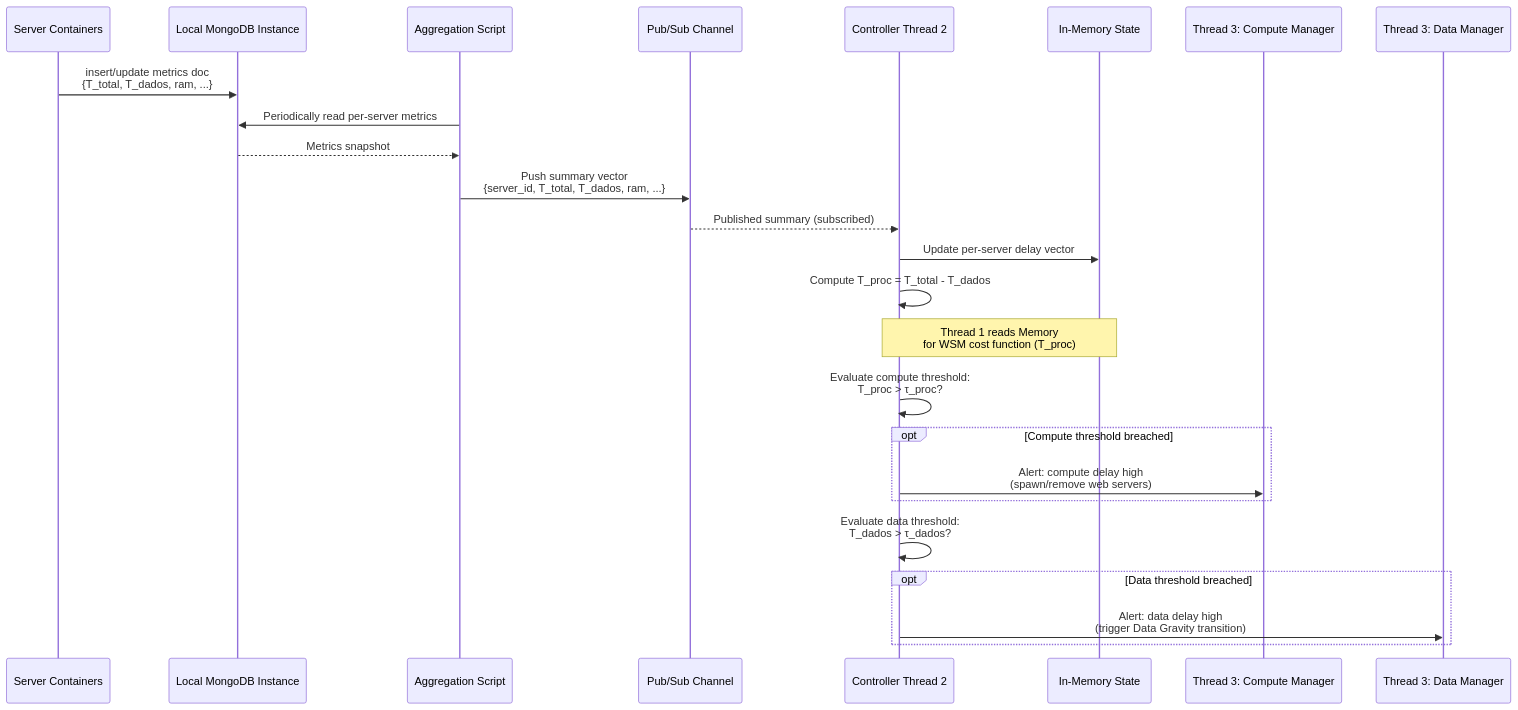
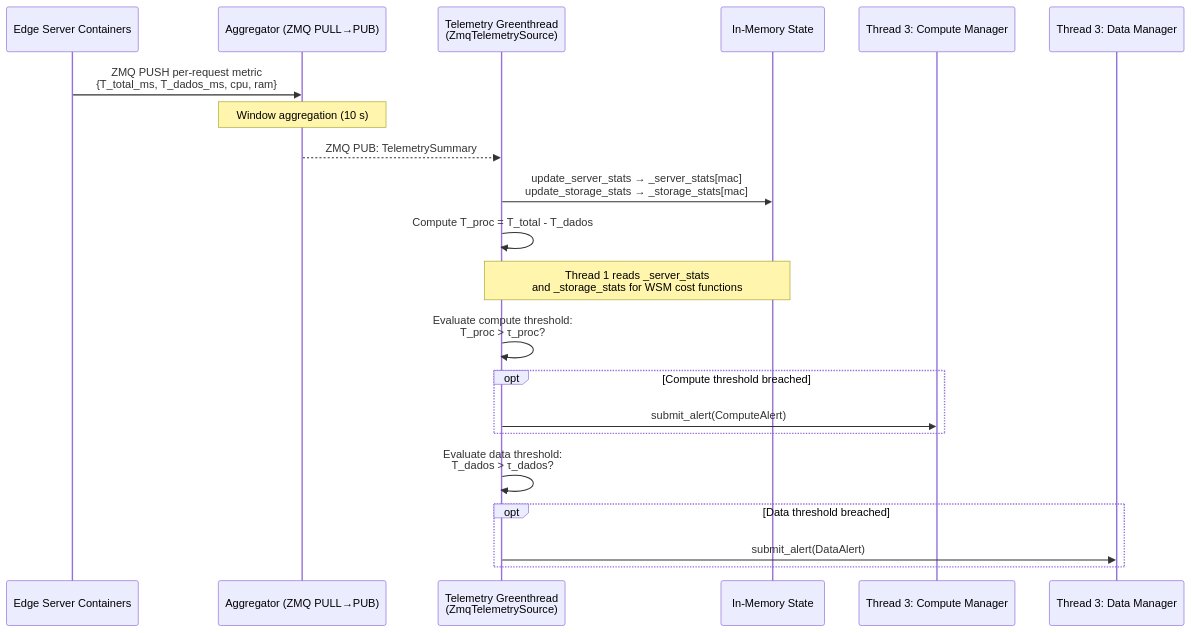
One commit to poioe20p/efficient-storage-in-edge-scenarios changed the fourth of 21 diagrams in docs/operation/system_scenarios.md. Above: the diagram before and after it, drawn with Mermaid. The commit also changed other lines of this file and 28 other files, not shown here.

Commit message:
- setup testing workload - setup http request with connection to db (made some fixes) wrong port and etc - controller was able to vip route both client http to server and server mongodb to db

````diff
--- a/docs/operation/system_scenarios.md
+++ b/docs/operation/system_scenarios.md
@@ -114,28 +114,24 @@
 ```mermaid
 sequenceDiagram
-    participant Servers as Server Containers
-    participant LocalMongo as Local MongoDB Instance
-    participant AggScript as Aggregation Script
-    participant PubSub as Pub/Sub Channel
-    participant T2 as Controller Thread 2
+    participant Servers as Edge Server Containers
+    participant Agg as Aggregator (ZMQ PULL→PUB)
+    participant T2 as Telemetry Greenthread<br/>(ZmqTelemetrySource)
     participant Memory as In-Memory State
     participant TComp as Thread 3: Compute Manager
     participant TData as Thread 3: Data Manager
 
-    Servers->>LocalMongo: insert/update metrics doc<br/>{T_total, T_dados, ram, ...}
-    AggScript->>LocalMongo: Periodically read per-server metrics
-    LocalMongo-->>AggScript: Metrics snapshot
-    AggScript->>PubSub: Push summary vector<br/>{server_id, T_total, T_dados, ram, ...}
-    PubSub-->>T2: Published summary (subscribed)
-    T2->>Memory: Update per-server delay vector
+    Servers->>Agg: ZMQ PUSH per-request metric<br/>{T_total_ms, T_dados_ms, cpu, ram}
+    Note over Agg: Window aggregation (10 s)
+    Agg-->>T2: ZMQ PUB: TelemetrySummary
+    T2->>Memory: update_server_stats → _server_stats[mac]<br/>update_storage_stats → _storage_stats[mac]
     T2->>T2: Compute T_proc = T_total - T_dados
-    Note over T2,Memory: Thread 1 reads Memory<br/>for WSM cost function (T_proc)
+    Note over T2,Memory: Thread 1 reads _server_stats<br/>and _storage_stats for WSM cost functions
     T2->>T2: Evaluate compute threshold:<br/>T_proc > τ_proc?
     opt Compute threshold breached
-        T2->>TComp: Alert: compute delay high<br/>(spawn/remove web servers)
+        T2->>TComp: submit_alert(ComputeAlert)
     end
     T2->>T2: Evaluate data threshold:<br/>T_dados > τ_dados?
     opt Data threshold breached
-        T2->>TData: Alert: data delay high<br/>(trigger Data Gravity transition)
+        T2->>TData: submit_alert(DataAlert)
     end
 ```
````
